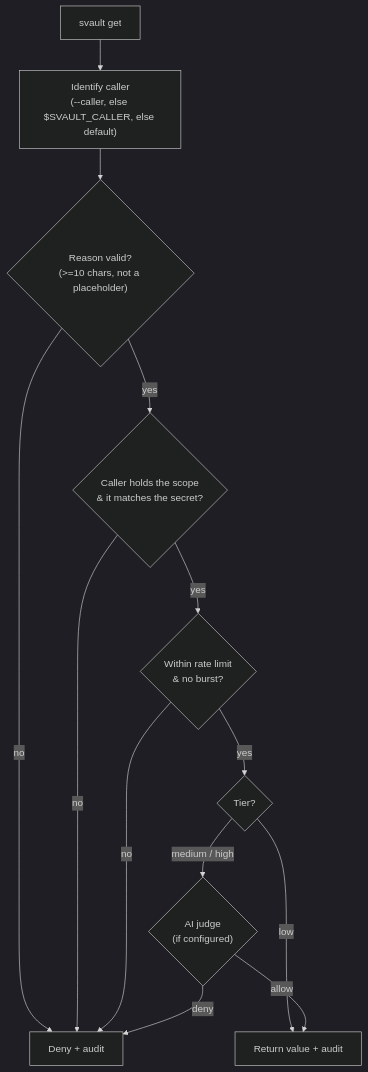
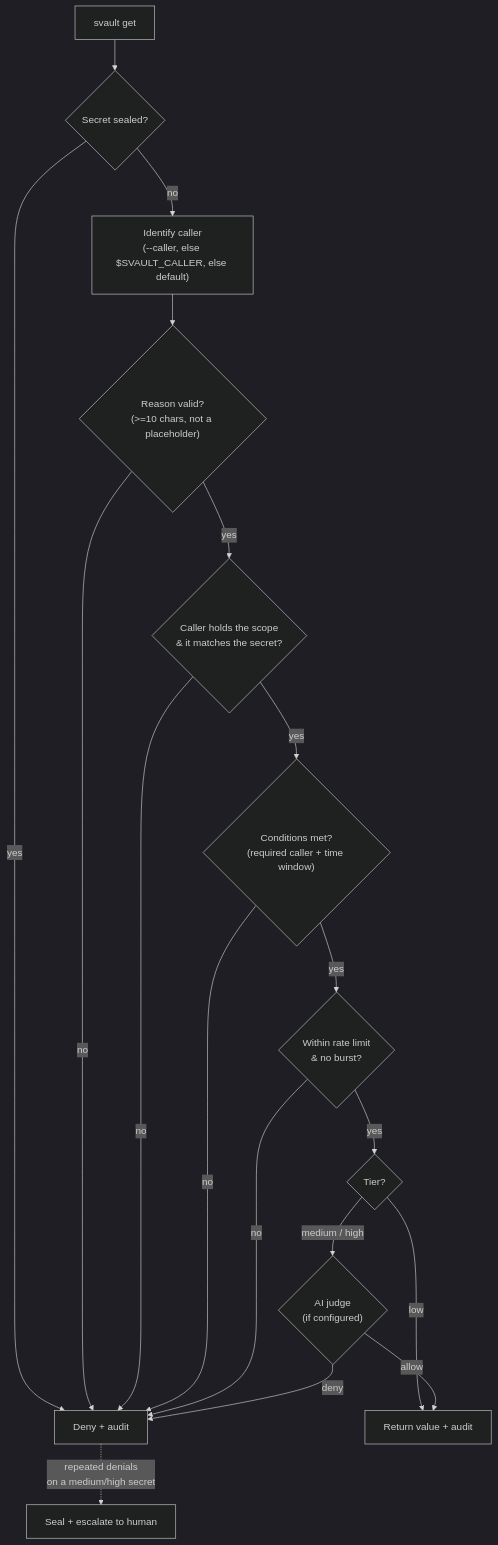
The diagram in docs/policy-engine.md (nim444/Svault), drawn with Mermaid (dark theme) before and after one commit. The commit also changed other lines of this file and 29 other files, not shown here.

First line of the commit message:
0.9.9: conditional access + seal/escalate, security-review hardening, ~/.svault default (#23)

````diff
--- a/docs/policy-engine.md
+++ b/docs/policy-engine.md
@@ -132,15 +132,20 @@
 ```mermaid
 flowchart TD
-    REQ["svault get"] --> ID["Identify caller<br/>(--caller, else $SVAULT_CALLER, else default)"]
+    REQ["svault get"] --> SEAL{"Secret sealed?"}
+    SEAL -->|yes| DENY["Deny + audit"]
+    SEAL -->|no| ID["Identify caller<br/>(--caller, else $SVAULT_CALLER, else default)"]
     ID --> RSN{"Reason valid?<br/>(>=10 chars, not a placeholder)"}
-    RSN -->|no| DENY["Deny + audit"]
+    RSN -->|no| DENY
     RSN -->|yes| CAP{"Caller holds the scope<br/>& it matches the secret?"}
     CAP -->|no| DENY
-    CAP -->|yes| RATE{"Within rate limit<br/>& no burst?"}
+    CAP -->|yes| COND{"Conditions met?<br/>(required caller + time window)"}
+    COND -->|no| DENY
+    COND -->|yes| RATE{"Within rate limit<br/>& no burst?"}
     RATE -->|no| DENY
     RATE -->|yes| TIER{"Tier?"}
     TIER -->|low| ALLOW["Return value + audit"]
     TIER -->|medium / high| JUDGE{"AI judge<br/>(if configured)"}
     JUDGE -->|allow| ALLOW
     JUDGE -->|deny| DENY
+    DENY -.->|repeated denials<br/>on a medium/high secret| SEALIT["Seal + escalate to human"]
 ```
````
